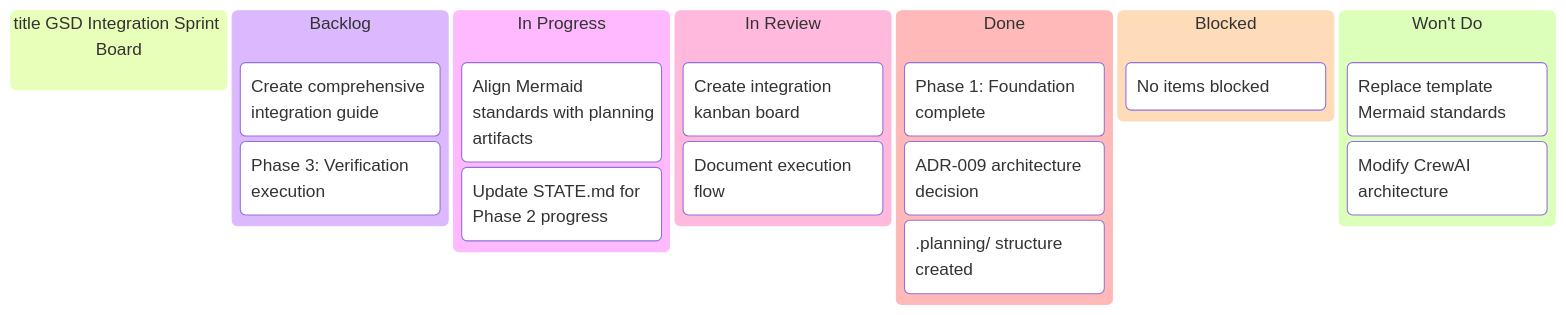
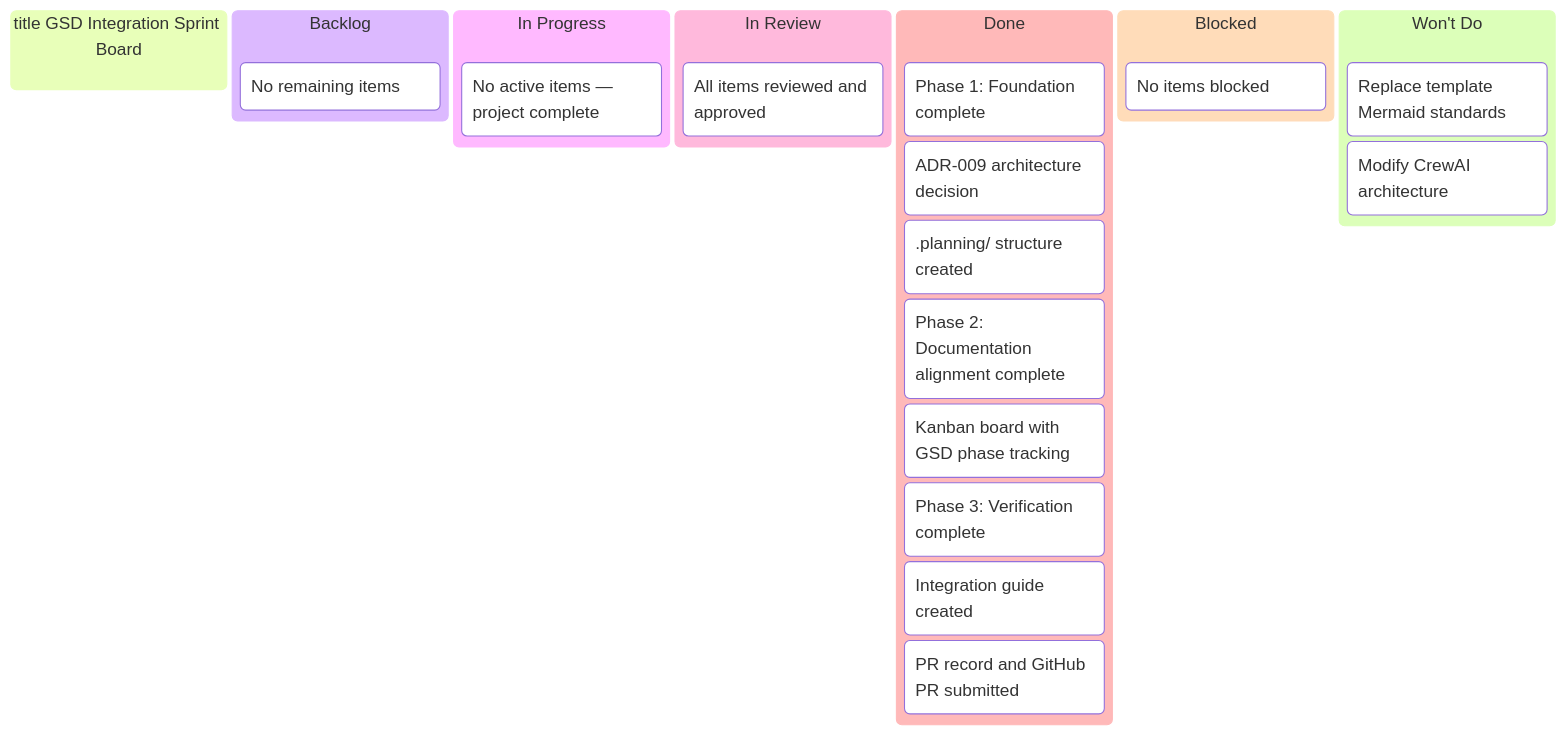
Before and after one commit to SuperiorByteWorks-LLC/agent-project: the first of 2 diagrams in docs/project/kanban/sprint-2026-w08-gsd-integration.md, drawn with Mermaid. The commit also changed other lines of this file, not shown here.

First line of the commit message:
docs(kanban): update sprint board to show all phases complete

````diff
--- a/docs/project/kanban/sprint-2026-w08-gsd-integration.md
+++ b/docs/project/kanban/sprint-2026-w08-gsd-integration.md
@@ -18,28 +18,30 @@
 ```mermaid
 kanban
   title GSD Integration Sprint Board
 
   Backlog
-    [Create comprehensive integration guide]
-    [Phase 3: Verification execution]
+    [No remaining items]
 
   In Progress
-    [Align Mermaid standards with planning artifacts]
-    [Update STATE.md for Phase 2 progress]
+    [No active items — project complete]
 
   In Review
-    [Create integration kanban board]
-    [Document execution flow]
+    [All items reviewed and approved]
 
   Done
     [Phase 1: Foundation complete]
     [ADR-009 architecture decision]
     [.planning/ structure created]
+    [Phase 2: Documentation alignment complete]
+    [Kanban board with GSD phase tracking]
+    [Phase 3: Verification complete]
+    [Integration guide created]
+    [PR record and GitHub PR submitted]
 
   Blocked
     [No items blocked]
 
   Won't Do
     [Replace template Mermaid standards]
     [Modify CrewAI architecture]
 ```
````
